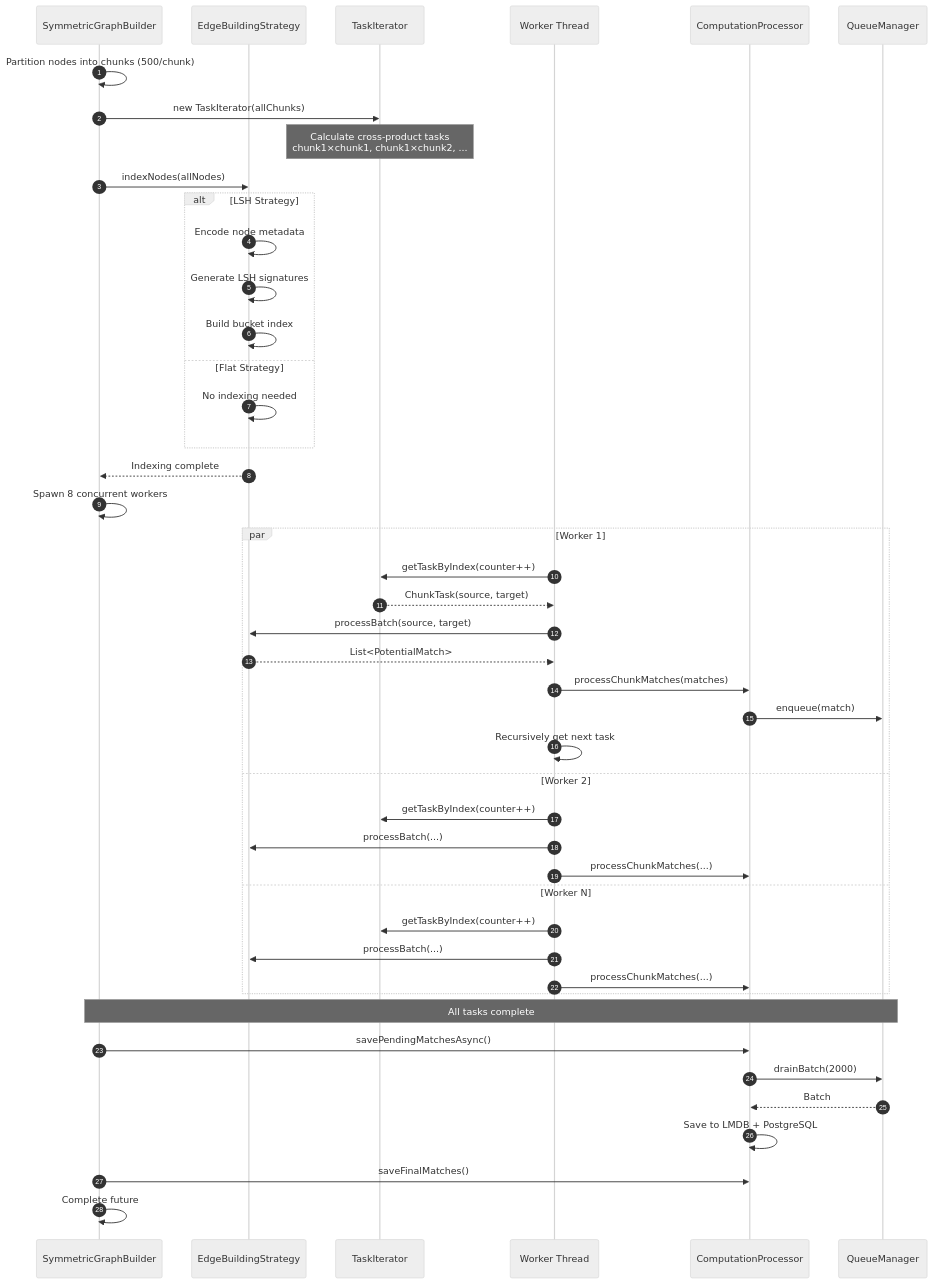
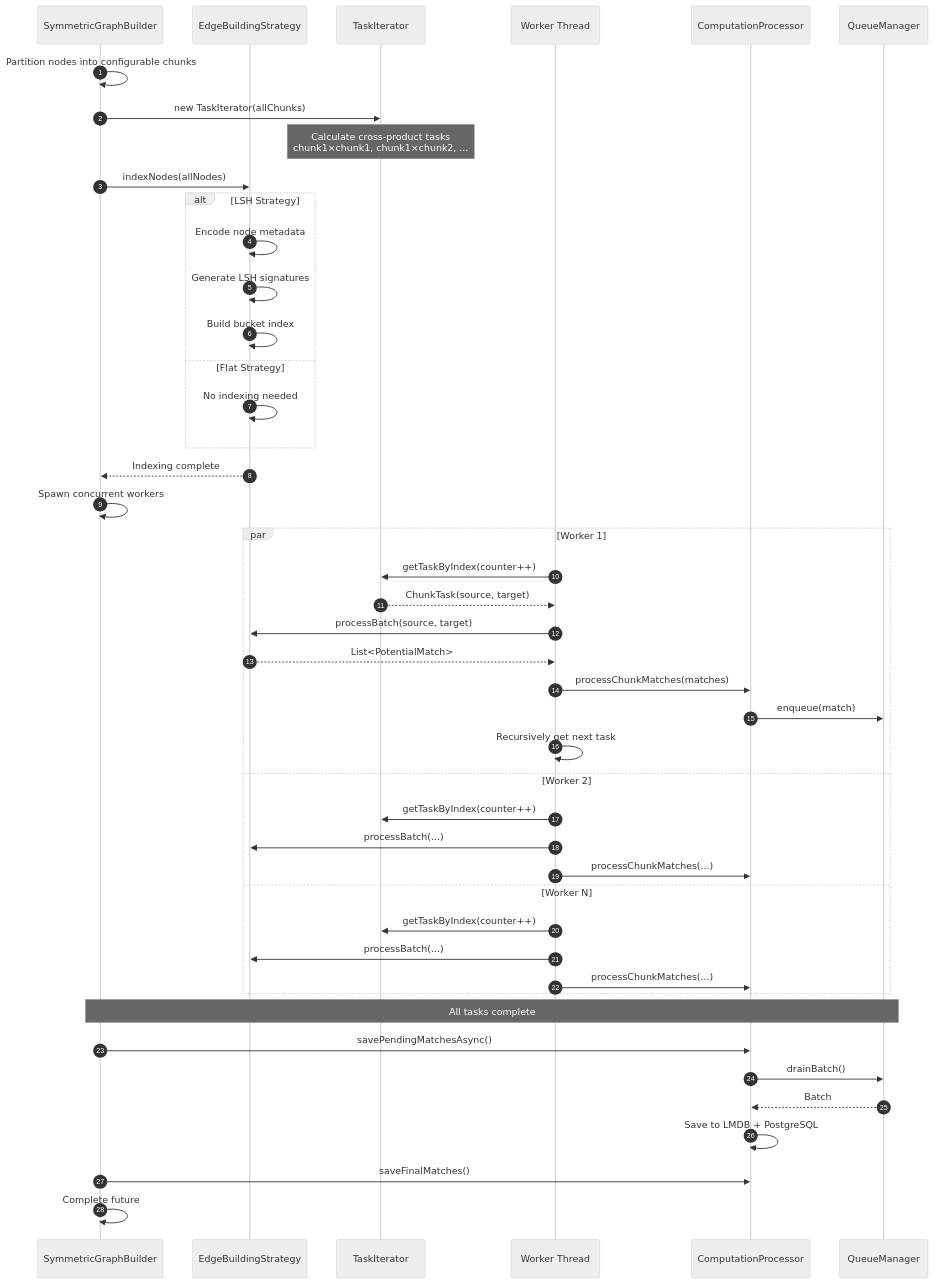
Before and after one commit to kagit00/schedule_x: diagram 14 of 25 in docs/Low Level Designs/ScheduledPotentialMatchesCreation.md, drawn with Mermaid (neutral theme). The commit also changed other lines of this file and 7 other files, not shown here.

````diff
--- a/docs/Low Level Designs/ScheduledPotentialMatchesCreation.md
+++ b/docs/Low Level Designs/ScheduledPotentialMatchesCreation.md
@@ -904,57 +603,57 @@
 ```mermaid
 sequenceDiagram
     autonumber
     participant Builder as SymmetricGraphBuilder
     participant Strategy as EdgeBuildingStrategy
     participant Iterator as TaskIterator
     participant Worker as Worker Thread
     participant Proc as ComputationProcessor
     participant Queue as QueueManager
-    
-    Builder->>Builder: Partition nodes into chunks (500/chunk)
+   
+    Builder->>Builder: Partition nodes into configurable chunks
     Builder->>Iterator: new TaskIterator(allChunks)
-    
+   
     Note over Iterator: Calculate cross-product tasks<br/>chunk1×chunk1, chunk1×chunk2, ...
-    
+   
     Builder->>Strategy: indexNodes(allNodes)
-    
+   
     alt LSH Strategy
         Strategy->>Strategy: Encode node metadata
         Strategy->>Strategy: Generate LSH signatures
         Strategy->>Strategy: Build bucket index
     else Flat Strategy
         Strategy->>Strategy: No indexing needed
     end
-    
+   
     Strategy-->>Builder: Indexing complete
-    
-    Builder->>Builder: Spawn 8 concurrent workers
-    
+   
+    Builder->>Builder: Spawn concurrent workers
+   
     par Worker 1
         Worker->>Iterator: getTaskByIndex(counter++)
         Iterator-->>Worker: ChunkTask(source, target)
         Worker->>Strategy: processBatch(source, target)
         Strategy-->>Worker: List<PotentialMatch>
         Worker->>Proc: processChunkMatches(matches)
         Proc->>Queue: enqueue(match)
         Worker->>Worker: Recursively get next task
     and Worker 2
         Worker->>Iterator: getTaskByIndex(counter++)
         Worker->>Strategy: processBatch(...)
         Worker->>Proc: processChunkMatches(...)
     and Worker N
         Worker->>Iterator: getTaskByIndex(counter++)
         Worker->>Strategy: processBatch(...)
         Worker->>Proc: processChunkMatches(...)
     end
-    
+   
     Note over Builder,Queue: All tasks complete
-    
+   
     Builder->>Proc: savePendingMatchesAsync()
-    Proc->>Queue: drainBatch(2000)
+    Proc->>Queue: drainBatch()
     Queue-->>Proc: Batch
     Proc->>Proc: Save to LMDB + PostgreSQL
-    
+   
     Builder->>Proc: saveFinalMatches()
     Builder->>Builder: Complete future
 ```
````
